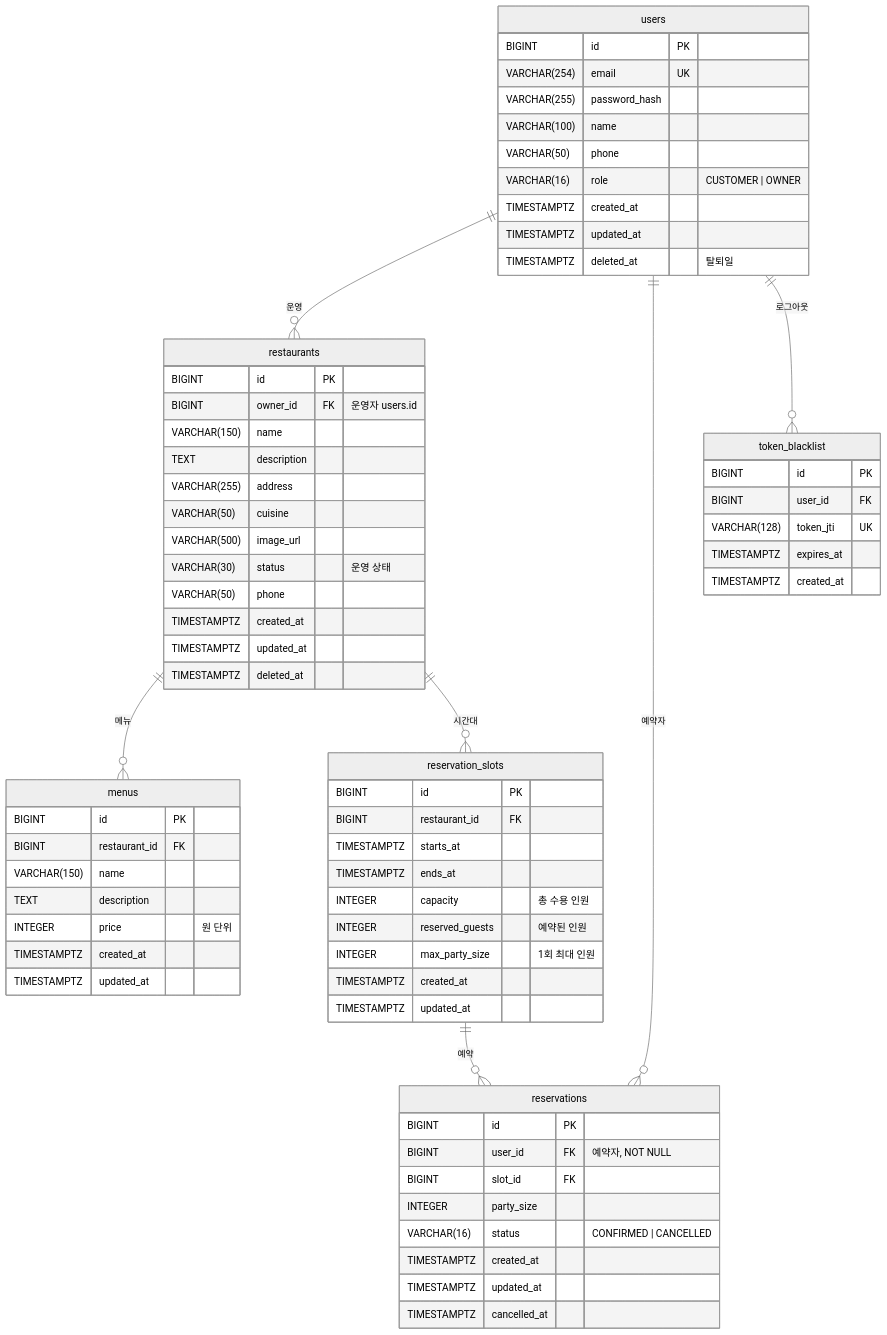
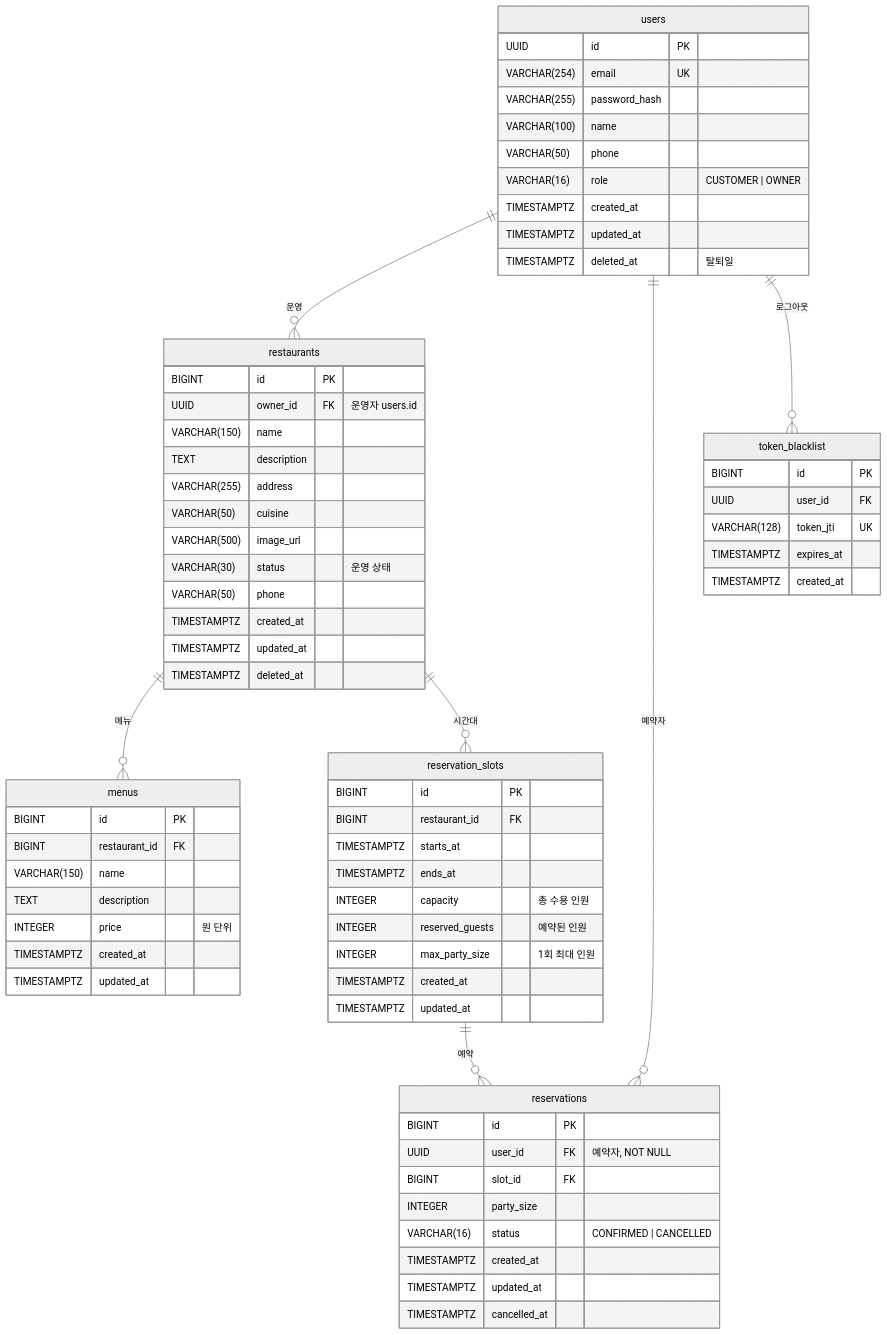
One commit to aiopenjh/B-backend-Fastapi changed the second of 2 diagrams in docs/ARCHITECTURE.md. Above: the diagram before and after it, drawn with Mermaid (neutral theme). The commit also changed other lines of this file and 1 other file, not shown here.

Commit message:
docs: 사용자 id를 UUID로 바꾼 결정을 ERD와 API 예시에 반영한다
## Motivation
users.id를 BIGINT에서 UUID로 바꾸기로 했고 user 도메인 코드는 이미
uuid.UUID를 쓰지만, 문서는 BIGINT 기준이었다.

## Modifications
- ARCHITECTURE: ERD의 users.id와 이를 참조하는 FK 3개
  (restaurants.owner_id, reservations.user_id, token_blacklist.user_id)를
  UUID로 바꾸고, ERD 수정 이력(2026-11-04)과 타입 대응(UUID → Uuid)을 추가한다.
- API_SPEC: 응답 예시와 시드 예시 표의 사용자 id를 UUID 문자열로 바꾼다.
  식당·슬롯·예약 id는 정수 그대로 둔다.

## Result
- reservation 코드(Reservation.user_id, ReservationModel FK,
  ReservationOut)는 아직 int라서 담당 4가 맞춰야 한다.

````diff
--- a/docs/ARCHITECTURE.md
+++ b/docs/ARCHITECTURE.md
@@ -124,72 +124,72 @@
 ```mermaid
 erDiagram
     users ||--o{ restaurants : "운영"
     restaurants ||--o{ menus : "메뉴"
     restaurants ||--o{ reservation_slots : "시간대"
     users ||--o{ reservations : "예약자"
     reservation_slots ||--o{ reservations : "예약"
     users ||--o{ token_blacklist : "로그아웃"
 
     users {
-        BIGINT id PK
+        UUID id PK
         VARCHAR(254) email UK
         VARCHAR(255) password_hash
         VARCHAR(100) name
         VARCHAR(50) phone
         VARCHAR(16) role "CUSTOMER | OWNER"
         TIMESTAMPTZ created_at
         TIMESTAMPTZ updated_at
         TIMESTAMPTZ deleted_at "탈퇴일"
     }
     restaurants {
         BIGINT id PK
-        BIGINT owner_id FK "운영자 users.id"
+        UUID owner_id FK "운영자 users.id"
         VARCHAR(150) name
         TEXT description
         VARCHAR(255) address
         VARCHAR(50) cuisine
         VARCHAR(500) image_url
         VARCHAR(30) status "운영 상태"
         VARCHAR(50) phone
         TIMESTAMPTZ created_at
         TIMESTAMPTZ updated_at
         TIMESTAMPTZ deleted_at
     }
     menus {
         BIGINT id PK
         BIGINT restaurant_id FK
         VARCHAR(150) name
         TEXT description
         INTEGER price "원 단위"
         TIMESTAMPTZ created_at
         TIMESTAMPTZ updated_at
     }
     reservation_slots {
         BIGINT id PK
         BIGINT restaurant_id FK
         TIMESTAMPTZ starts_at
         TIMESTAMPTZ ends_at
         INTEGER capacity "총 수용 인원"
         INTEGER reserved_guests "예약된 인원"
         INTEGER max_party_size "1회 최대 인원"
         TIMESTAMPTZ created_at
         TIMESTAMPTZ updated_at
     }
     reservations {
         BIGINT id PK
-        BIGINT user_id FK "예약자, NOT NULL"
+        UUID user_id FK "예약자, NOT NULL"
         BIGINT slot_id FK
         INTEGER party_size
         VARCHAR(16) status "CONFIRMED | CANCELLED"
         TIMESTAMPTZ created_at
         TIMESTAMPTZ updated_at
         TIMESTAMPTZ cancelled_at
     }
     token_blacklist {
         BIGINT id PK
-        BIGINT user_id FK
+        UUID user_id FK
         VARCHAR(128) token_jti UK
         TIMESTAMPTZ expires_at
         TIMESTAMPTZ created_at
     }
 ```
````
